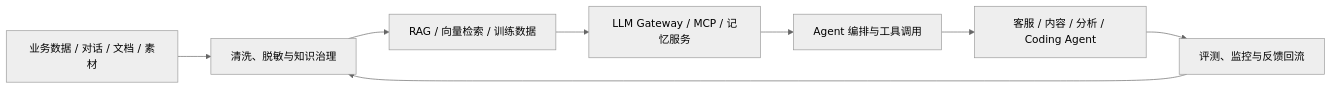
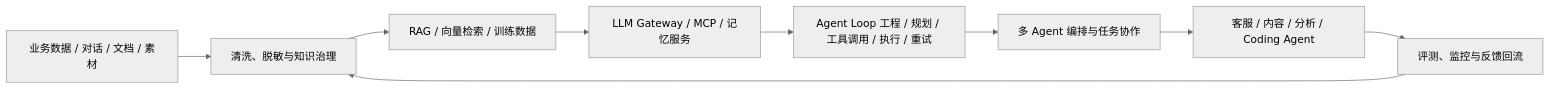
Before and after one commit to zhushen12580/zhushen12580: the diagram in README.md, drawn with Mermaid (neutral theme). The commit also changed other lines of this file, not shown here.

````diff
--- a/README.md
+++ b/README.md
@@ -33,10 +34,11 @@
 ```mermaid
 flowchart LR
     A["业务数据 / 对话 / 文档 / 素材"] --> B["清洗、脱敏与知识治理"]
     B --> C["RAG / 向量检索 / 训练数据"]
     C --> D["LLM Gateway / MCP / 记忆服务"]
-    D --> E["Agent 编排与工具调用"]
-    E --> F["客服 / 内容 / 分析 / Coding Agent"]
-    F --> G["评测、监控与反馈回流"]
-    G --> B
+    D --> E["Agent Loop 工程 / 规划 / 工具调用 / 执行 / 重试"]
+    E --> F["多 Agent 编排与任务协作"]
+    F --> G["客服 / 内容 / 分析 / Coding Agent"]
+    G --> H["评测、监控与反馈回流"]
+    H --> B
 ```
````
